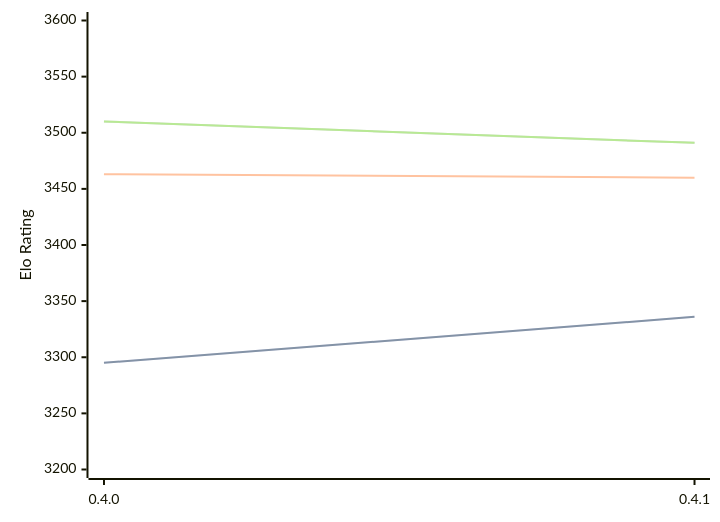
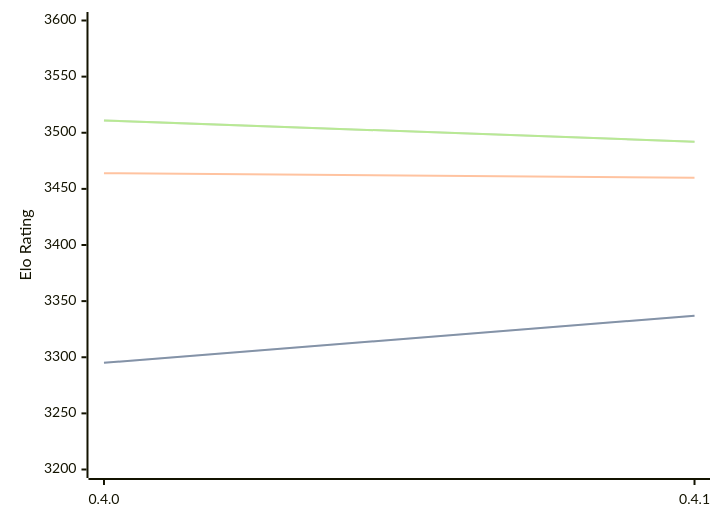
The first of 3 diagrams in engines/Cinder.md (computer-chess-index/cci), drawn with Mermaid before and after one commit. The commit also changed other lines of this file, not shown here.

Commit message:
Update CCI Ratings (ELO VLTC) - 2026-06-23

````diff
--- a/engines/Cinder.md
+++ b/engines/Cinder.md
@@ -40,11 +40,11 @@
 ```mermaid
 %%{init: {"theme":"base","themeVariables":{"seriesColors:['#a3a3a3','#222221','#faa371']}}}%%
 xychart-beta
   x-axis ["0.4.0", "0.4.1"]
   y-axis "Elo Rating" 3200 --> 3600
-  line "STC (8.0+0.08s)" [3295, 3336]
-  line "STC (8.0+0.08s)" [3295, 3336]
-  line "LTC (60.0+0.60s)" [3463, 3460]
-  line "VLTC (2m24s+1.12s)" [3510, 3491]
-  line "VLTC (2m24s+1.12s)" [3510, 3491]
+  line "STC (8.0+0.08s)" [3295, 3337]
+  line "STC (8.0+0.08s)" [3295, 3337]
+  line "LTC (60.0+0.60s)" [3464, 3460]
+  line "VLTC (2m24s+1.12s)" [3511, 3492]
+  line "VLTC (2m24s+1.12s)" [3511, 3492]
 ```
````
